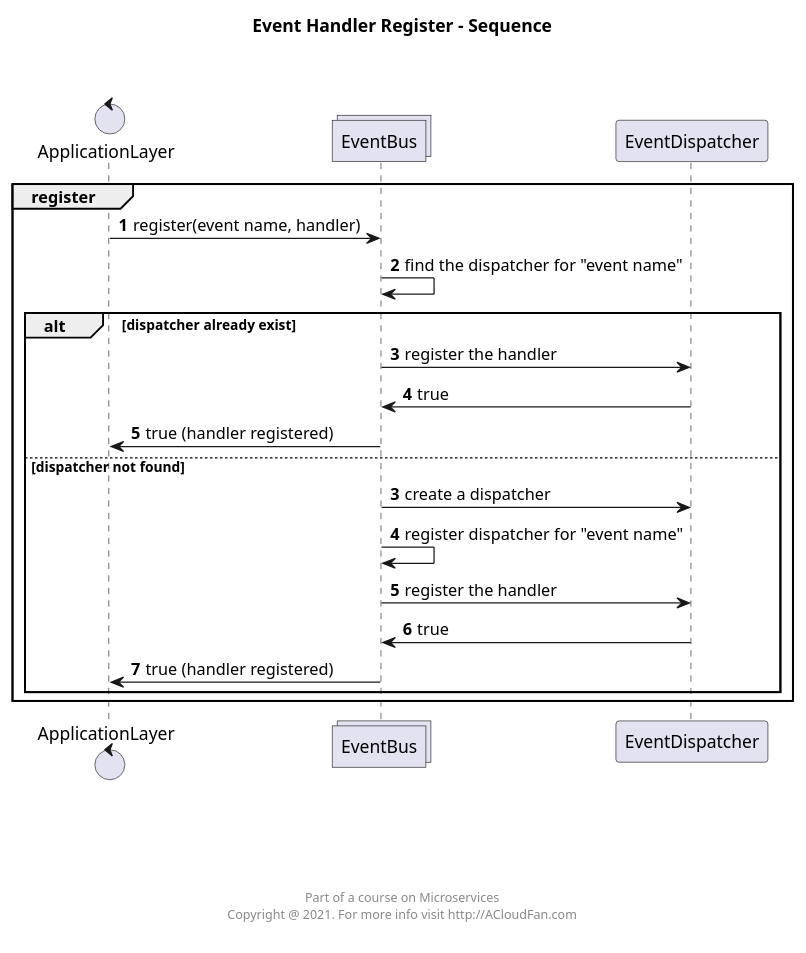
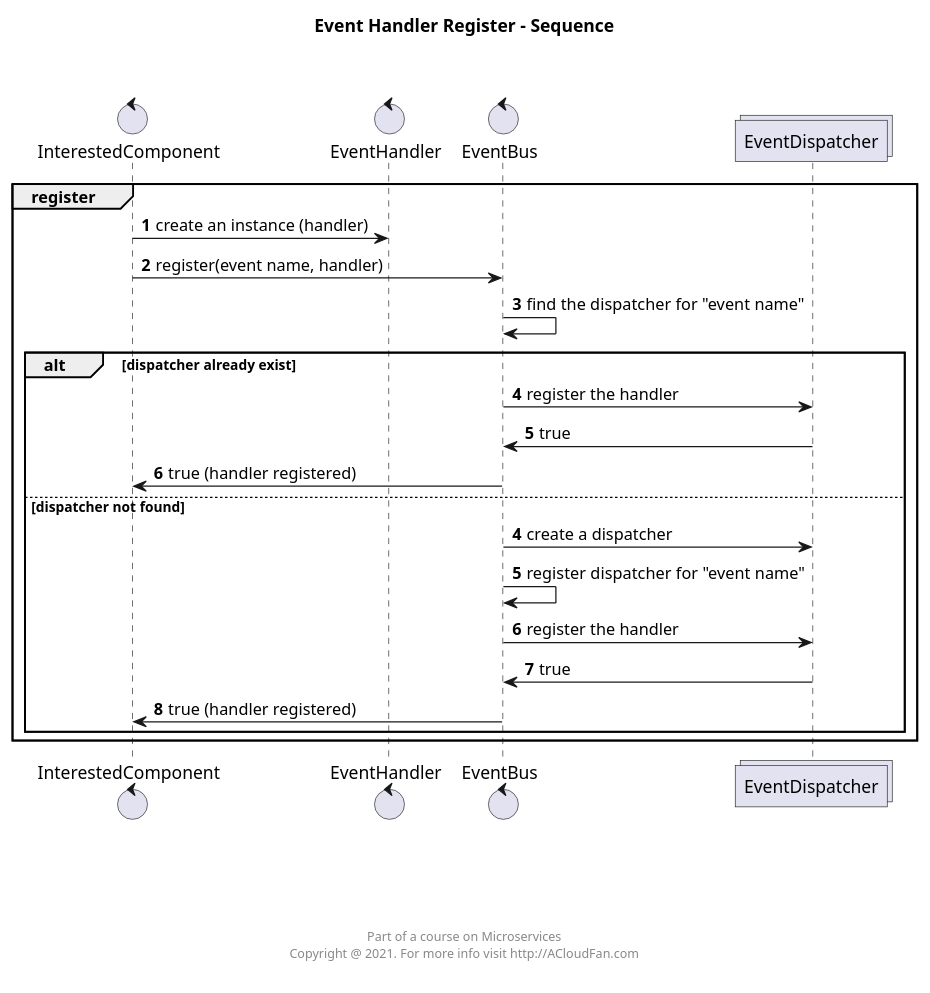
The diagram in uml/utils.event/registerhandler.sequence.puml (acloudfan/MSFA-ACME-Sales-vdraft), drawn with PlantUML before and after one commit. The commit also changed 29 other files, not shown here.

```diff
--- a/uml/utils.event/registerhandler.sequence.puml
+++ b/uml/utils.event/registerhandler.sequence.puml
@@ -1,30 +1,33 @@
 @startuml
 
 autonumber
 
-control ApplicationLayer
-collections EventBus
+control InterestedComponent
+control EventHandler
+control EventBus
+collections EventDispatcher
 
 group register
 
-    ApplicationLayer -> EventBus : register(event name, handler)
+    InterestedComponent -> EventHandler : create an instance (handler)
+    InterestedComponent -> EventBus : register(event name, handler)
 
     EventBus -> EventBus : find the dispatcher for "event name"
 
     alt dispatcher already exist
         EventBus -> EventDispatcher : register the handler
         EventDispatcher -> EventBus : true
-        EventBus -> ApplicationLayer : true (handler registered)
+        EventBus -> InterestedComponent : true (handler registered)
     else dispatcher not found
-        autonumber 3
+        autonumber 4
         EventBus -> EventDispatcher : create a dispatcher
         EventBus -> EventBus : register dispatcher for "event name"
         EventBus -> EventDispatcher : register the handler
         EventDispatcher -> EventBus : true
-        EventBus -> ApplicationLayer : true (handler registered)
+        EventBus -> InterestedComponent : true (handler registered)
     end
 end
 
 title Event Handler Register - Sequence\n\n
 footer \n\n\n\n\n\n Part of a course on Microservices \n Copyright @ 2021. For more info visit http://ACloudFan.com \n
 @enduml
```
